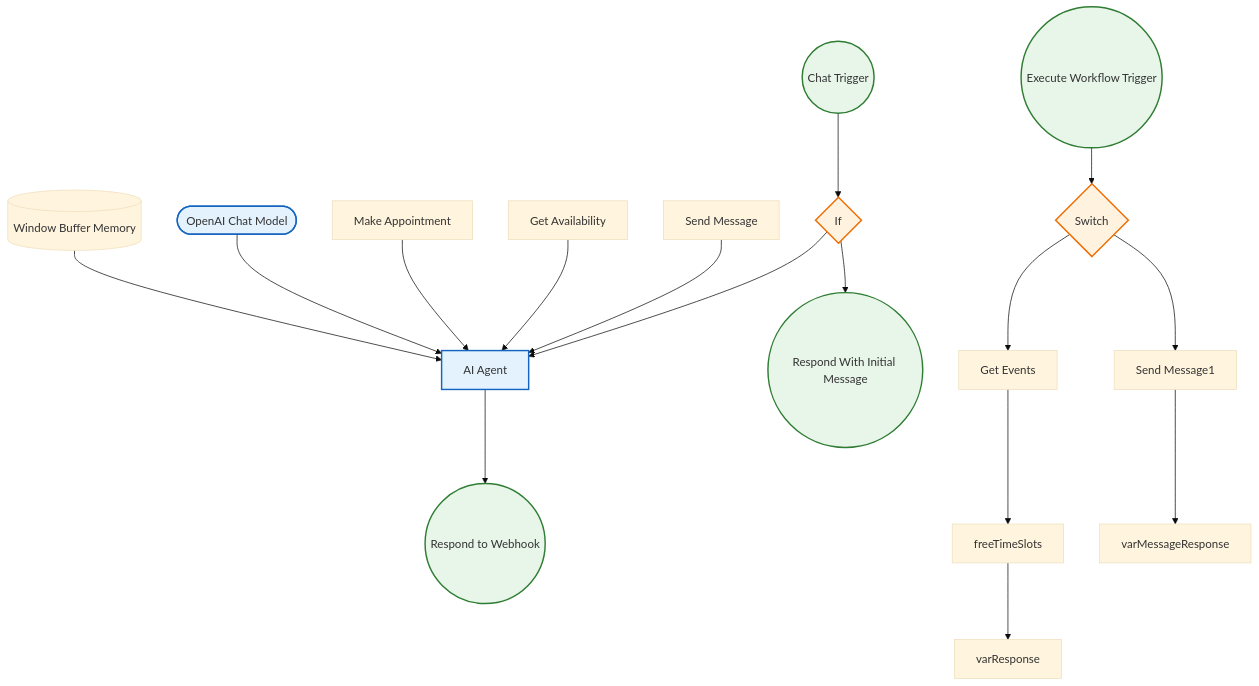
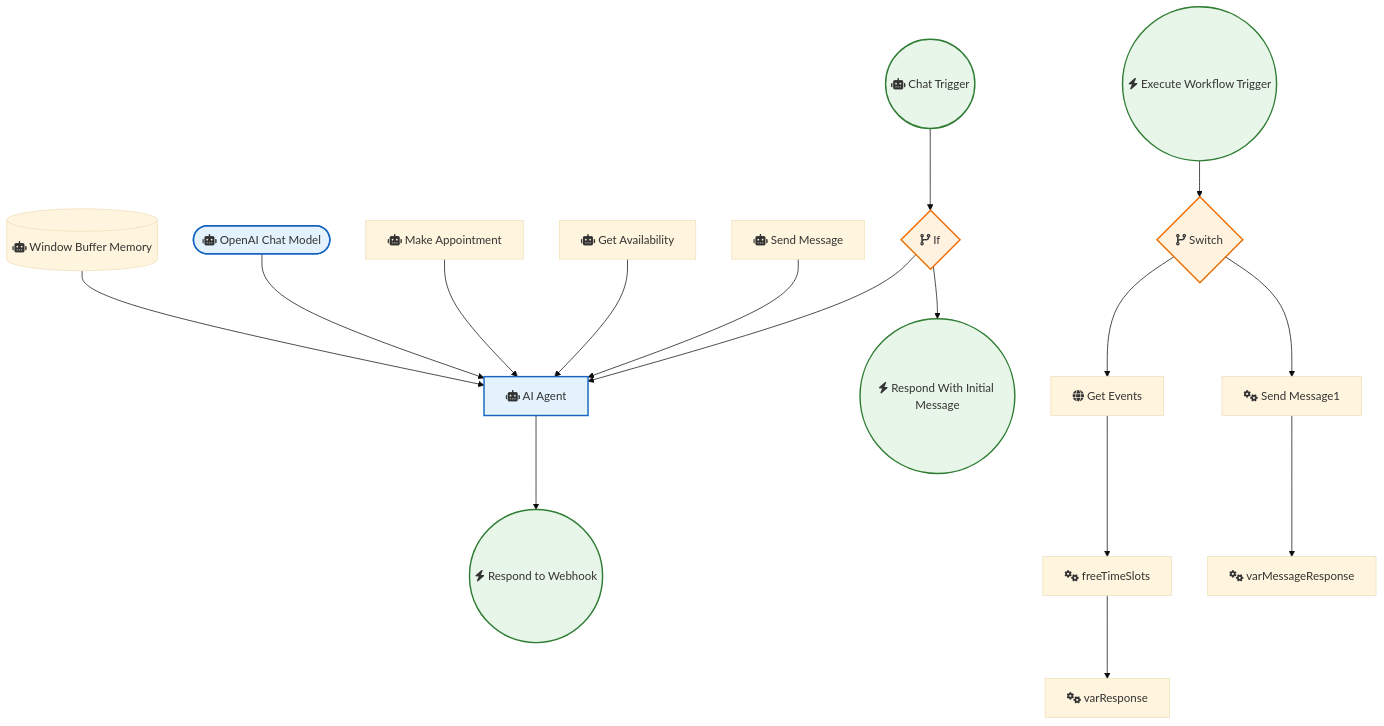
The diagram in OpenAI_and_LLMs/Create a Branded AI-Powered Website Chatbot.md (sreyash3105/N8N-DEMO-AUTOMATIONS), drawn with Mermaid (base theme) before and after one commit. The commit also changed 291 other files, not shown here.

````diff
--- a/OpenAI_and_LLMs/Create a Branded AI-Powered Website Chatbot.md
+++ b/OpenAI_and_LLMs/Create a Branded AI-Powered Website Chatbot.md
@@ -1,40 +1,40 @@
 ```mermaid
 graph TD
     classDef trigger fill:#e8f5e9,stroke:#2e7d32,stroke-width:2px;
     classDef ai fill:#e3f2fd,stroke:#1565c0,stroke-width:2px;
     classDef logic fill:#fff3e0,stroke:#ef6c00,stroke-width:2px;
 
-    Window_Buffer_Memory[("Window Buffer Memory")]
-    Respond_to_Webhook(("Respond to Webhook")):::trigger
-    OpenAI_Chat_Model(["OpenAI Chat Model"]):::ai
-    Make_Appointment["Make Appointment"]
-    Execute_Workflow_Trigger(("Execute Workflow Trigger")):::trigger
-    varResponse["varResponse"]
-    freeTimeSlots["freeTimeSlots"]
-    Get_Events["Get Events"]
-    Get_Availability["Get Availability"]
-    Send_Message["Send Message"]
-    Chat_Trigger(("Chat Trigger")):::trigger
-    Switch{"Switch"}:::logic
-    varMessageResponse["varMessageResponse"]
-    Send_Message1["Send Message1"]
-    AI_Agent["AI Agent"]:::ai
-    If{"If"}:::logic
-    Respond_With_Initial_Message(("Respond With Initial Message")):::trigger
+    Window_Buffer_Memory[("fas:fa-robot Window Buffer Memory")]
+    Respond_to_Webhook(("fas:fa-bolt Respond to Webhook")):::trigger
+    OpenAI_Chat_Model(["fas:fa-robot OpenAI Chat Model"]):::ai
+    Make_Appointment["fas:fa-robot Make Appointment"]
+    Execute_Workflow_Trigger(("fas:fa-bolt Execute Workflow Trigger")):::trigger
+    varResponse["fas:fa-cogs varResponse"]
+    freeTimeSlots["fas:fa-cogs freeTimeSlots"]
+    Get_Events["fas:fa-globe Get Events"]
+    Get_Availability["fas:fa-robot Get Availability"]
+    Send_Message["fas:fa-robot Send Message"]
+    Chat_Trigger(("fas:fa-robot Chat Trigger")):::trigger
+    Switch{"fas:fa-code-branch Switch"}:::logic
+    varMessageResponse["fas:fa-cogs varMessageResponse"]
+    Send_Message1["fas:fa-cogs Send Message1"]
+    AI_Agent["fas:fa-robot AI Agent"]:::ai
+    If{"fas:fa-code-branch If"}:::logic
+    Respond_With_Initial_Message(("fas:fa-bolt Respond With Initial Message")):::trigger
 
     If --> AI_Agent
     If --> Respond_With_Initial_Message
     Switch --> Get_Events
     Switch --> Send_Message1
     AI_Agent --> Respond_to_Webhook
     Get_Events --> freeTimeSlots
     Chat_Trigger --> If
     Send_Message --> AI_Agent
     Send_Message1 --> varMessageResponse
     freeTimeSlots --> varResponse
     Get_Availability --> AI_Agent
     Make_Appointment --> AI_Agent
     OpenAI_Chat_Model --> AI_Agent
     Window_Buffer_Memory --> AI_Agent
     Execute_Workflow_Trigger --> Switch
 ```
````
